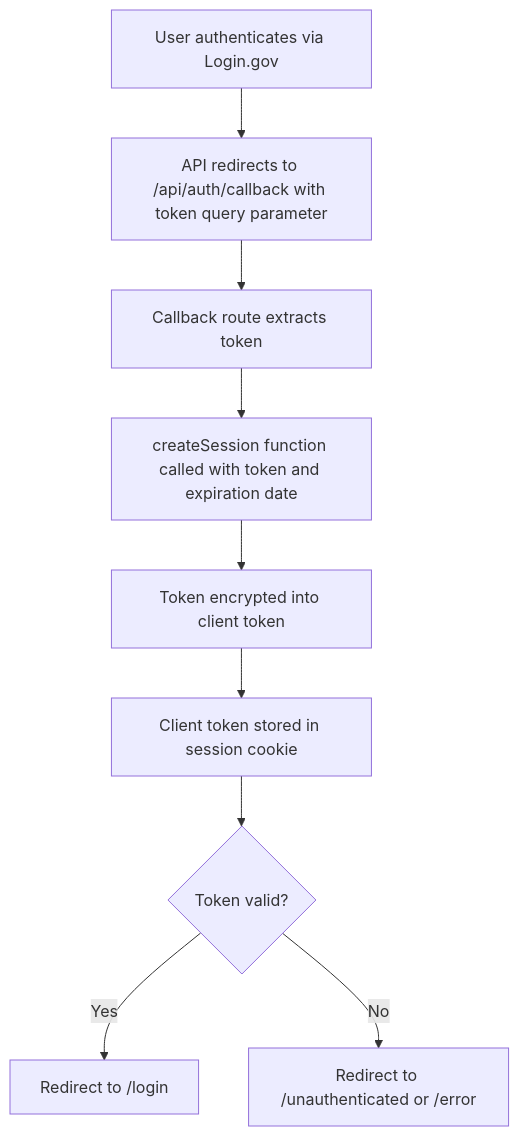
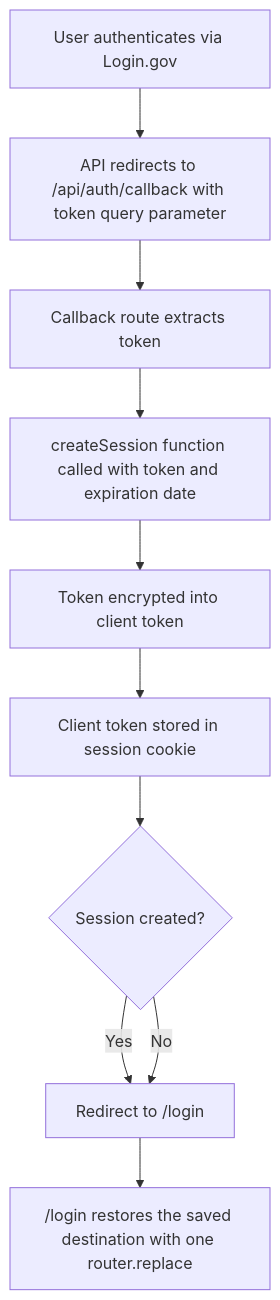
One commit to HHS/simpler-grants-gov changed the first of 2 diagrams in documentation/frontend/authentication.md. Above: the diagram before and after it, drawn with Mermaid. The commit also changed other lines of this file and 12 other files, not shown here.

````diff
--- a/documentation/frontend/authentication.md
+++ b/documentation/frontend/authentication.md
@@ -73,11 +89,12 @@
 ```mermaid
 flowchart TD
     A[User authenticates via Login.gov] --> B[API redirects to /api/auth/callback with token query parameter]
     B --> C[Callback route extracts token]
     C --> D[createSession function called with token and expiration date]
     D --> E[Token encrypted into client token]
     E --> F[Client token stored in session cookie]
-    F --> G{Token valid?}
+    F --> G{Session created?}
     G -->|Yes| H[Redirect to /login]
-    G -->|No| I[Redirect to /unauthenticated or /error]
+    G -->|No| H
+    H --> J["/login restores the saved destination with one router.replace"]
 ```
````
